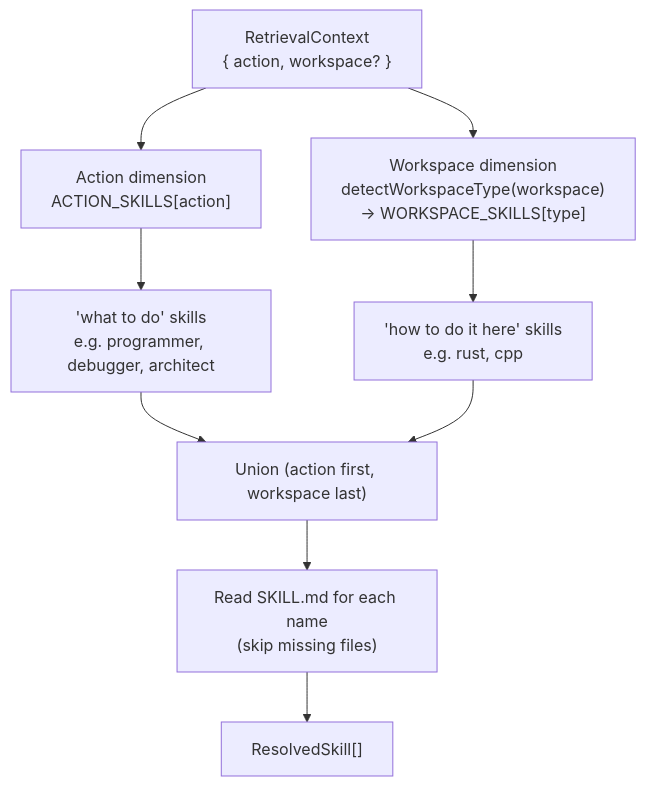
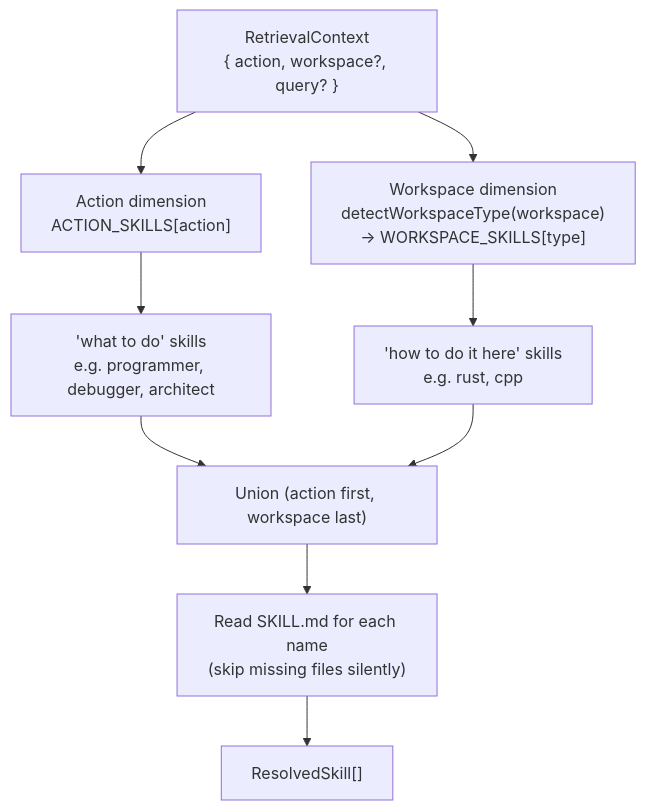
Before and after one commit to vansweej/ai-coding: the fourth of 8 diagrams in docs/skills.md, drawn with Mermaid. The commit also changed other lines of this file and 1 other file, not shown here.

Commit message:
docs: rewrite skills.md and add skill-indexer.md for Phase 2

````diff
--- a/docs/skills.md
+++ b/docs/skills.md
@@ -131,16 +132,16 @@
 ```mermaid
 flowchart TD
-    Context["RetrievalContext\n{ action, workspace? }"]
+    Context["RetrievalContext\n{ action, workspace?, query? }"]
 
     Context --> ActionDim["Action dimension\nACTION_SKILLS[action]"]
     Context --> WSDim["Workspace dimension\ndetectWorkspaceType(workspace)\n→ WORKSPACE_SKILLS[type]"]
 
     ActionDim --> ActionSkills["'what to do' skills\ne.g. programmer, debugger, architect"]
     WSDim --> WSSkills["'how to do it here' skills\ne.g. rust, cpp"]
 
     ActionSkills --> Union["Union (action first, workspace last)"]
     WSSkills --> Union
 
-    Union --> FileRead["Read SKILL.md for each name\n(skip missing files)"]
+    Union --> FileRead["Read SKILL.md for each name\n(skip missing files silently)"]
     FileRead --> Result["ResolvedSkill[]"]
 ```
````
